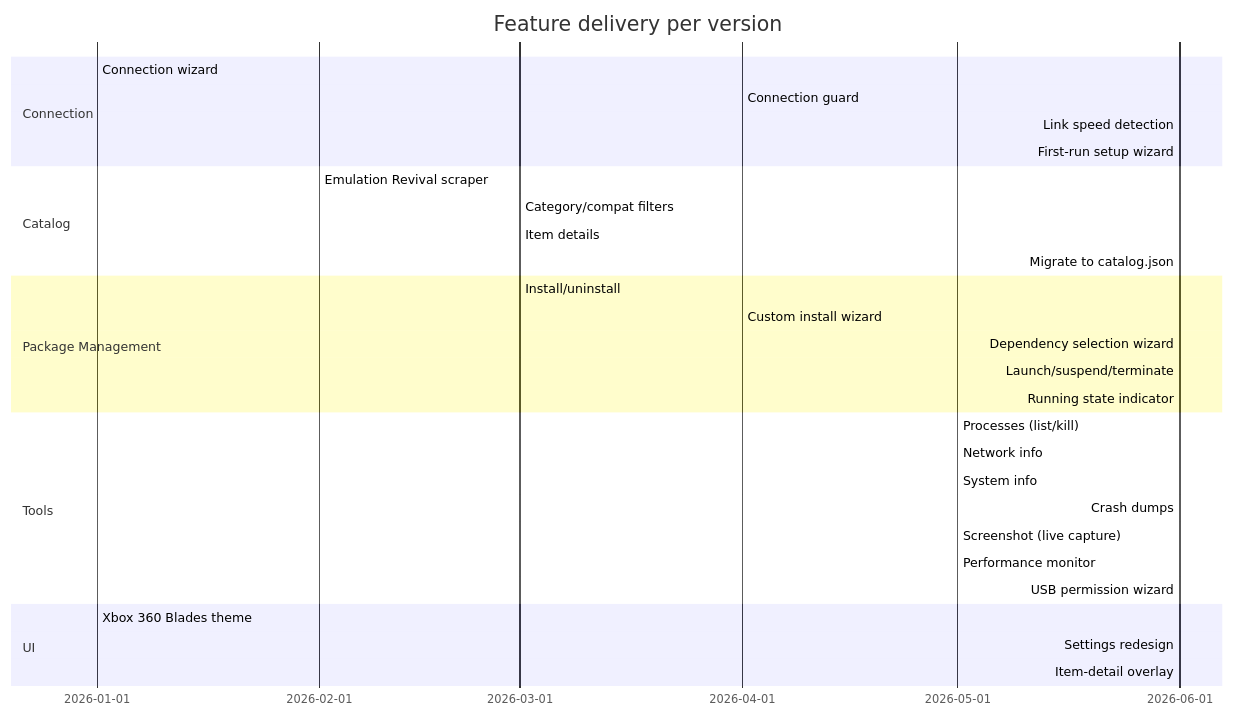
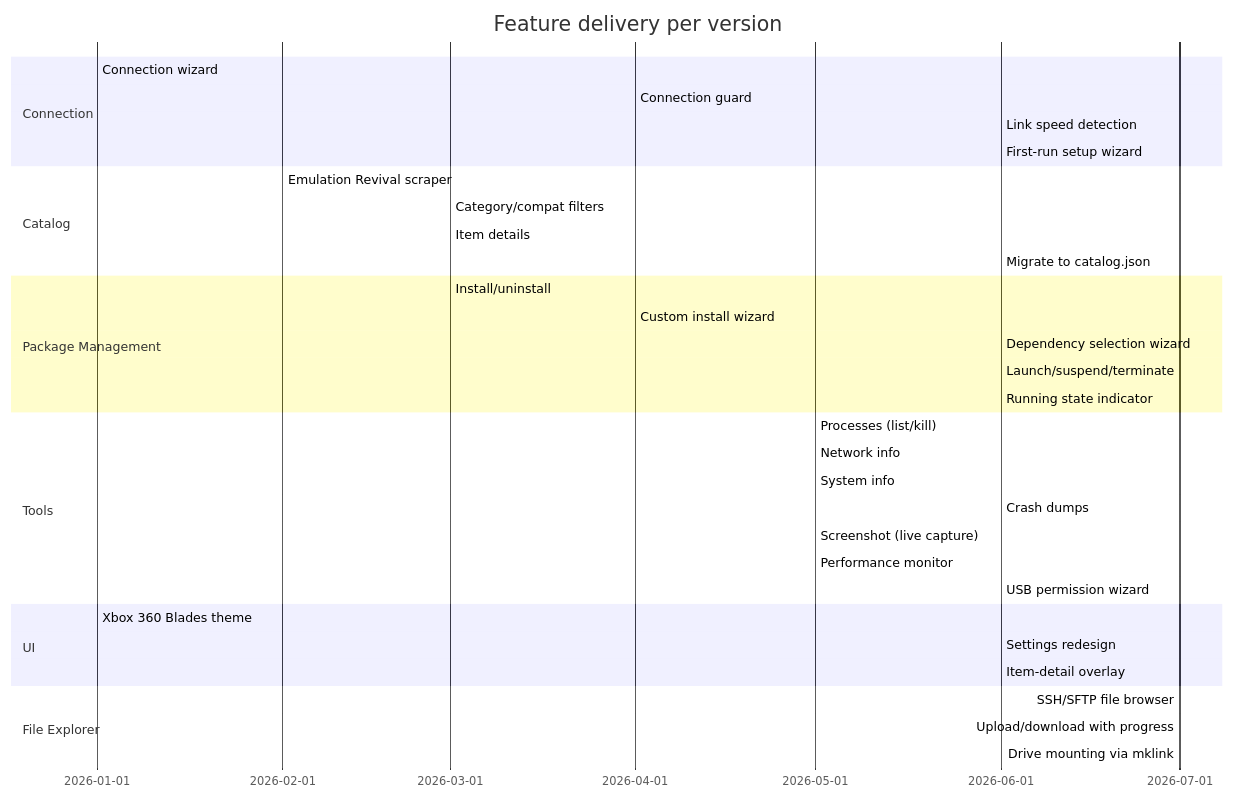
Before and after one commit to marcelofrau/xb-homebrew-vault: the second of 3 diagrams in docs/roadmap.md, drawn with Mermaid. The commit also changed other lines of this file and 29 other files, not shown here.

````diff
--- a/docs/roadmap.md
+++ b/docs/roadmap.md
@@ -49,33 +51,37 @@
 ```mermaid
 gantt
     title Feature delivery per version
     dateFormat  YYYY-MM-DD
     section Connection
     Connection wizard            :done, 2026-01, 2026-02
     Connection guard             :done, 2026-04, 2026-04
     Link speed detection         :done, 2026-06, 2026-06
     First-run setup wizard       :done, 2026-06, 2026-06
     section Catalog
     Emulation Revival scraper    :done, 2026-02, 2026-03
     Category/compat filters      :done, 2026-03, 2026-03
     Item details                 :done, 2026-03, 2026-03
     Migrate to catalog.json      :done, 2026-06, 2026-06
     section Package Management
     Install/uninstall            :done, 2026-03, 2026-04
     Custom install wizard        :done, 2026-04, 2026-05
     Dependency selection wizard  :done, 2026-06, 2026-06
     Launch/suspend/terminate     :done, 2026-06, 2026-06
     Running state indicator      :done, 2026-06, 2026-06
     section Tools
     Processes (list/kill)        :done, 2026-05, 2026-06
     Network info                 :done, 2026-05, 2026-06
     System info                  :done, 2026-05, 2026-06
     Crash dumps                  :done, 2026-06, 2026-06
     Screenshot (live capture)    :done, 2026-05, 2026-06
     Performance monitor          :done, 2026-05, 2026-06
     USB permission wizard        :done, 2026-06, 2026-06
     section UI
     Xbox 360 Blades theme        :done, 2026-01, 2026-01
     Settings redesign            :done, 2026-06, 2026-06
     Item-detail overlay          :done, 2026-06, 2026-06
+    section File Explorer
+    SSH/SFTP file browser        :done, 2026-07, 2026-07
+    Upload/download with progress:done, 2026-07, 2026-07
+    Drive mounting via mklink    :done, 2026-07, 2026-07
 ```
````
